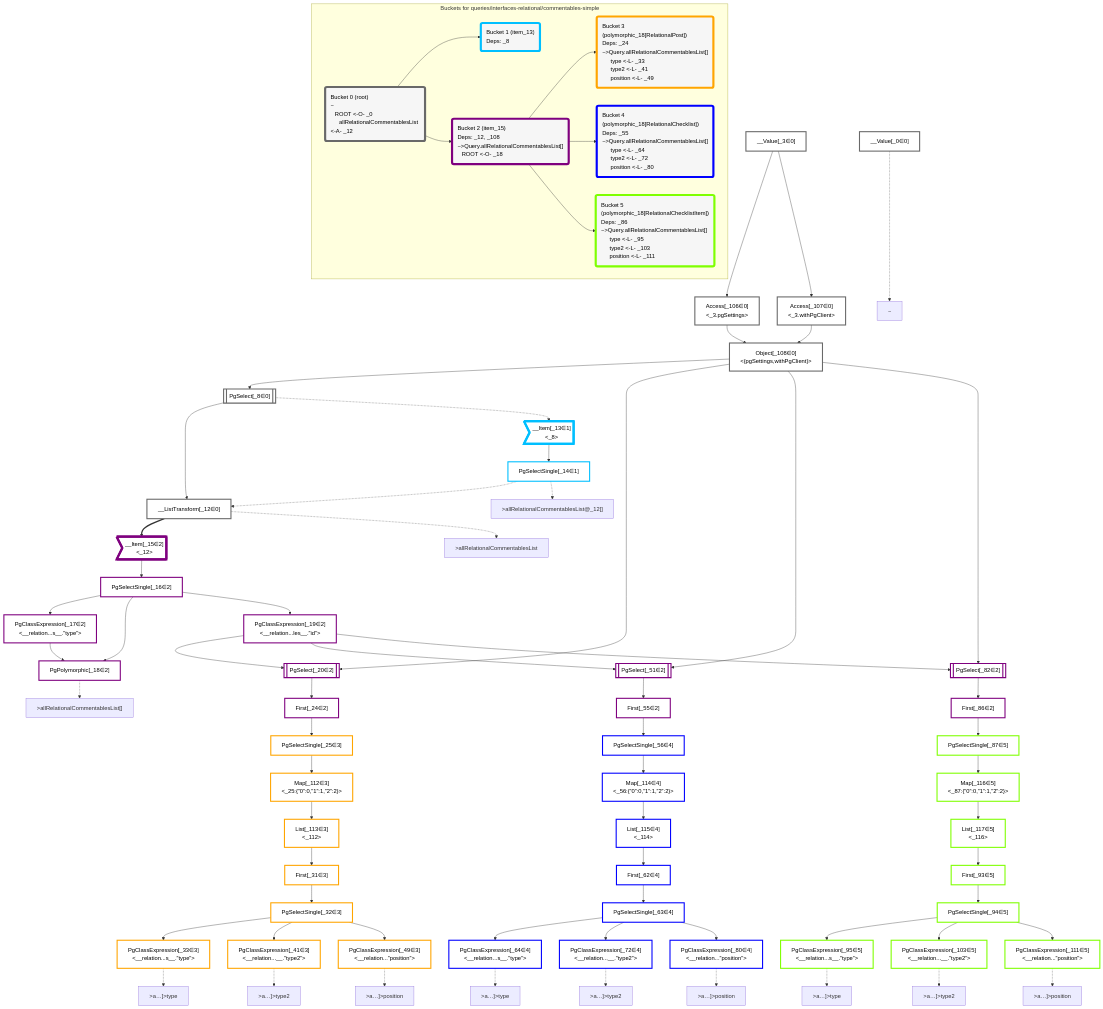
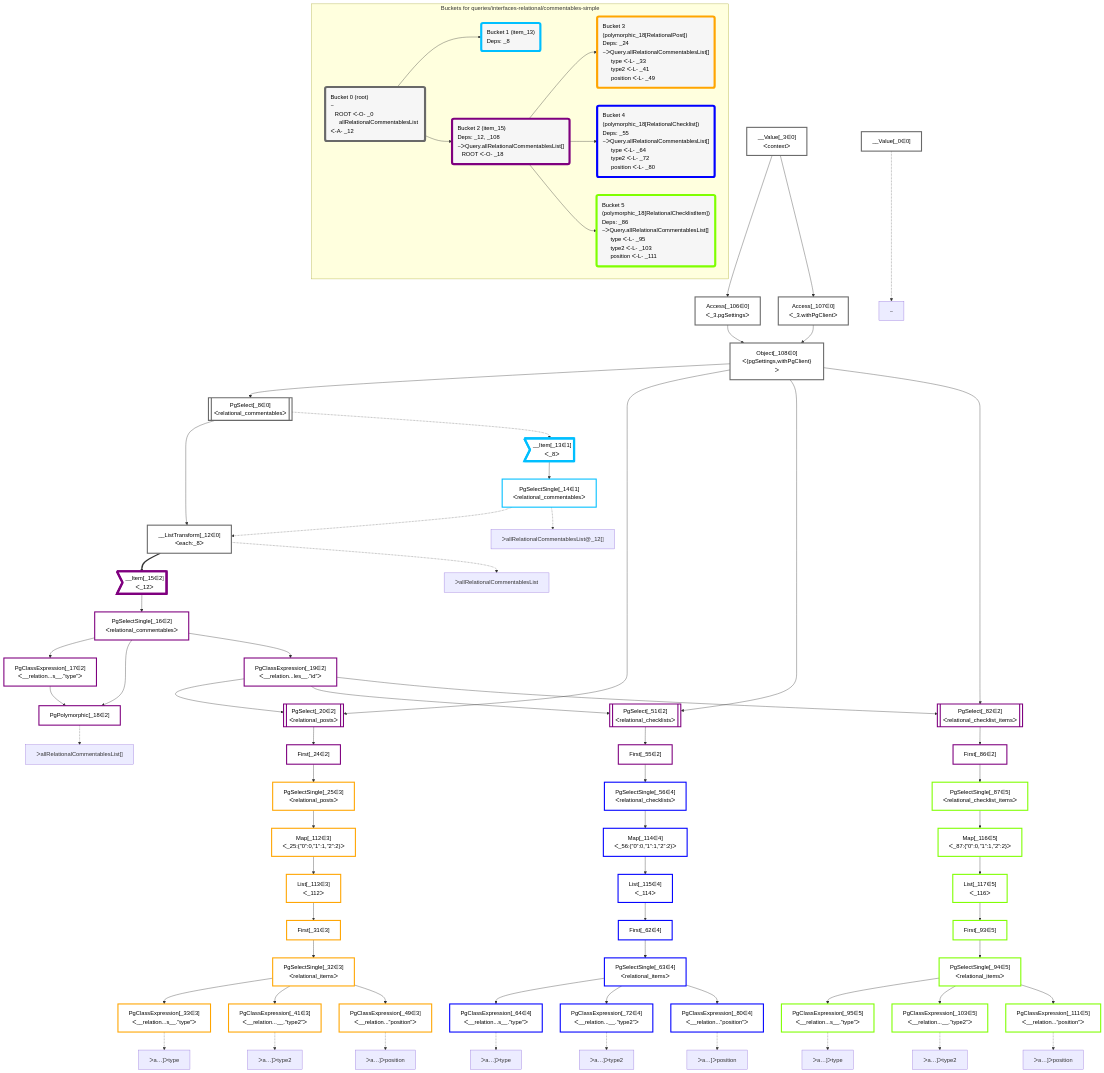
The diagram in packages/dataplan-pg/__tests__/queries/interfaces-relational/commentables-simple.deopt.mermaid.md (graphile/crystal), drawn with Mermaid before and after one commit. The commit also changed 195 other files, not shown here.

```diff
--- a/packages/dataplan-pg/__tests__/queries/interfaces-relational/commentables-simple.deopt.mermaid.md
+++ b/packages/dataplan-pg/__tests__/queries/interfaces-relational/commentables-simple.deopt.mermaid.md
@@ -9,49 +9,49 @@
 
     %% define plans
     __Value_0["__Value[_0∈0]"]:::plan
-    __Value_3["__Value[_3∈0]<br /><context>"]:::plan
-    PgSelect_8[["PgSelect[_8∈0]<br /><relational_commentables>"]]:::plan
-    __ListTransform_12["__ListTransform[_12∈0]<br /><each:_8>"]:::plan
-    __Item_13>"__Item[_13∈1]<br /><_8>"]:::itemplan
-    PgSelectSingle_14["PgSelectSingle[_14∈1]<br /><relational_commentables>"]:::plan
-    __Item_15>"__Item[_15∈2]<br /><_12>"]:::itemplan
-    PgSelectSingle_16["PgSelectSingle[_16∈2]<br /><relational_commentables>"]:::plan
-    PgClassExpression_17["PgClassExpression[_17∈2]<br /><__relation...s__.”type”>"]:::plan
+    __Value_3["__Value[_3∈0]<br />ᐸcontextᐳ"]:::plan
+    PgSelect_8[["PgSelect[_8∈0]<br />ᐸrelational_commentablesᐳ"]]:::plan
+    __ListTransform_12["__ListTransform[_12∈0]<br />ᐸeach:_8ᐳ"]:::plan
+    __Item_13>"__Item[_13∈1]<br />ᐸ_8ᐳ"]:::itemplan
+    PgSelectSingle_14["PgSelectSingle[_14∈1]<br />ᐸrelational_commentablesᐳ"]:::plan
+    __Item_15>"__Item[_15∈2]<br />ᐸ_12ᐳ"]:::itemplan
+    PgSelectSingle_16["PgSelectSingle[_16∈2]<br />ᐸrelational_commentablesᐳ"]:::plan
+    PgClassExpression_17["PgClassExpression[_17∈2]<br />ᐸ__relation...s__.”type”ᐳ"]:::plan
     PgPolymorphic_18["PgPolymorphic[_18∈2]"]:::plan
-    PgClassExpression_19["PgClassExpression[_19∈2]<br /><__relation...les__.”id”>"]:::plan
-    PgSelect_20[["PgSelect[_20∈2]<br /><relational_posts>"]]:::plan
+    PgClassExpression_19["PgClassExpression[_19∈2]<br />ᐸ__relation...les__.”id”ᐳ"]:::plan
+    PgSelect_20[["PgSelect[_20∈2]<br />ᐸrelational_postsᐳ"]]:::plan
     First_24["First[_24∈2]"]:::plan
-    PgSelectSingle_25["PgSelectSingle[_25∈3]<br /><relational_posts>"]:::plan
+    PgSelectSingle_25["PgSelectSingle[_25∈3]<br />ᐸrelational_postsᐳ"]:::plan
     First_31["First[_31∈3]"]:::plan
-    PgSelectSingle_32["PgSelectSingle[_32∈3]<br /><relational_items>"]:::plan
-    PgClassExpression_33["PgClassExpression[_33∈3]<br /><__relation...s__.”type”>"]:::plan
-    PgClassExpression_41["PgClassExpression[_41∈3]<br /><__relation...__.”type2”>"]:::plan
-    PgClassExpression_49["PgClassExpression[_49∈3]<br /><__relation...”position”>"]:::plan
-    PgSelect_51[["PgSelect[_51∈2]<br /><relational_checklists>"]]:::plan
+    PgSelectSingle_32["PgSelectSingle[_32∈3]<br />ᐸrelational_itemsᐳ"]:::plan
+    PgClassExpression_33["PgClassExpression[_33∈3]<br />ᐸ__relation...s__.”type”ᐳ"]:::plan
+    PgClassExpression_41["PgClassExpression[_41∈3]<br />ᐸ__relation...__.”type2”ᐳ"]:::plan
+    PgClassExpression_49["PgClassExpression[_49∈3]<br />ᐸ__relation...”position”ᐳ"]:::plan
+    PgSelect_51[["PgSelect[_51∈2]<br />ᐸrelational_checklistsᐳ"]]:::plan
     First_55["First[_55∈2]"]:::plan
-    PgSelectSingle_56["PgSelectSingle[_56∈4]<br /><relational_checklists>"]:::plan
+    PgSelectSingle_56["PgSelectSingle[_56∈4]<br />ᐸrelational_checklistsᐳ"]:::plan
     First_62["First[_62∈4]"]:::plan
-    PgSelectSingle_63["PgSelectSingle[_63∈4]<br /><relational_items>"]:::plan
-    PgClassExpression_64["PgClassExpression[_64∈4]<br /><__relation...s__.”type”>"]:::plan
-    PgClassExpression_72["PgClassExpression[_72∈4]<br /><__relation...__.”type2”>"]:::plan
-    PgClassExpression_80["PgClassExpression[_80∈4]<br /><__relation...”position”>"]:::plan
-    PgSelect_82[["PgSelect[_82∈2]<br /><relational_checklist_items>"]]:::plan
+    PgSelectSingle_63["PgSelectSingle[_63∈4]<br />ᐸrelational_itemsᐳ"]:::plan
+    PgClassExpression_64["PgClassExpression[_64∈4]<br />ᐸ__relation...s__.”type”ᐳ"]:::plan
+    PgClassExpression_72["PgClassExpression[_72∈4]<br />ᐸ__relation...__.”type2”ᐳ"]:::plan
+    PgClassExpression_80["PgClassExpression[_80∈4]<br />ᐸ__relation...”position”ᐳ"]:::plan
+    PgSelect_82[["PgSelect[_82∈2]<br />ᐸrelational_checklist_itemsᐳ"]]:::plan
     First_86["First[_86∈2]"]:::plan
-    PgSelectSingle_87["PgSelectSingle[_87∈5]<br /><relational_checklist_items>"]:::plan
+    PgSelectSingle_87["PgSelectSingle[_87∈5]<br />ᐸrelational_checklist_itemsᐳ"]:::plan
     First_93["First[_93∈5]"]:::plan
-    PgSelectSingle_94["PgSelectSingle[_94∈5]<br /><relational_items>"]:::plan
-    PgClassExpression_95["PgClassExpression[_95∈5]<br /><__relation...s__.”type”>"]:::plan
-    PgClassExpression_103["PgClassExpression[_103∈5]<br /><__relation...__.”type2”>"]:::plan
-    Access_106["Access[_106∈0]<br /><_3.pgSettings>"]:::plan
-    Access_107["Access[_107∈0]<br /><_3.withPgClient>"]:::plan
-    Object_108["Object[_108∈0]<br /><{pgSettings,withPgClient}>"]:::plan
-    PgClassExpression_111["PgClassExpression[_111∈5]<br /><__relation...”position”>"]:::plan
-    Map_112["Map[_112∈3]<br /><_25:{”0”:0,”1”:1,”2”:2}>"]:::plan
-    List_113["List[_113∈3]<br /><_112>"]:::plan
-    Map_114["Map[_114∈4]<br /><_56:{”0”:0,”1”:1,”2”:2}>"]:::plan
-    List_115["List[_115∈4]<br /><_114>"]:::plan
-    Map_116["Map[_116∈5]<br /><_87:{”0”:0,”1”:1,”2”:2}>"]:::plan
-    List_117["List[_117∈5]<br /><_116>"]:::plan
+    PgSelectSingle_94["PgSelectSingle[_94∈5]<br />ᐸrelational_itemsᐳ"]:::plan
+    PgClassExpression_95["PgClassExpression[_95∈5]<br />ᐸ__relation...s__.”type”ᐳ"]:::plan
+    PgClassExpression_103["PgClassExpression[_103∈5]<br />ᐸ__relation...__.”type2”ᐳ"]:::plan
+    Access_106["Access[_106∈0]<br />ᐸ_3.pgSettingsᐳ"]:::plan
+    Access_107["Access[_107∈0]<br />ᐸ_3.withPgClientᐳ"]:::plan
+    Object_108["Object[_108∈0]<br />ᐸ{pgSettings,withPgClient}ᐳ"]:::plan
+    PgClassExpression_111["PgClassExpression[_111∈5]<br />ᐸ__relation...”position”ᐳ"]:::plan
+    Map_112["Map[_112∈3]<br />ᐸ_25:{”0”:0,”1”:1,”2”:2}ᐳ"]:::plan
+    List_113["List[_113∈3]<br />ᐸ_112ᐳ"]:::plan
+    Map_114["Map[_114∈4]<br />ᐸ_56:{”0”:0,”1”:1,”2”:2}ᐳ"]:::plan
+    List_115["List[_115∈4]<br />ᐸ_114ᐳ"]:::plan
+    Map_116["Map[_116∈5]<br />ᐸ_87:{”0”:0,”1”:1,”2”:2}ᐳ"]:::plan
+    List_117["List[_117∈5]<br />ᐸ_116ᐳ"]:::plan
 
     %% plan dependencies
     Object_108 --> PgSelect_8
@@ -106,29 +106,29 @@
     %% plan-to-path relationships
     P_0["~"]
     __Value_0 -.-> P_0
-    P_12[">allRelationalCommentablesList"]
+    P_12["ᐳallRelationalCommentablesList"]
     __ListTransform_12 -.-> P_12
-    P_14[">allRelationalCommentablesList@_12[]"]
+    P_14["ᐳallRelationalCommentablesList@_12[]"]
     PgSelectSingle_14 -.-> P_14
-    P_18[">allRelationalCommentablesList[]"]
+    P_18["ᐳallRelationalCommentablesList[]"]
     PgPolymorphic_18 -.-> P_18
-    P_33[">a…]>type"]
+    P_33["ᐳa…]ᐳtype"]
     PgClassExpression_33 -.-> P_33
-    P_41[">a…]>type2"]
+    P_41["ᐳa…]ᐳtype2"]
     PgClassExpression_41 -.-> P_41
-    P_49[">a…]>position"]
+    P_49["ᐳa…]ᐳposition"]
     PgClassExpression_49 -.-> P_49
-    P_64[">a…]>type"]
+    P_64["ᐳa…]ᐳtype"]
     PgClassExpression_64 -.-> P_64
-    P_72[">a…]>type2"]
+    P_72["ᐳa…]ᐳtype2"]
     PgClassExpression_72 -.-> P_72
-    P_80[">a…]>position"]
+    P_80["ᐳa…]ᐳposition"]
     PgClassExpression_80 -.-> P_80
-    P_95[">a…]>type"]
+    P_95["ᐳa…]ᐳtype"]
     PgClassExpression_95 -.-> P_95
-    P_103[">a…]>type2"]
+    P_103["ᐳa…]ᐳtype2"]
     PgClassExpression_103 -.-> P_103
-    P_111[">a…]>position"]
+    P_111["ᐳa…]ᐳposition"]
     PgClassExpression_111 -.-> P_111
 
     %% allocate buckets
@@ -146,21 +146,21 @@
     class PgSelectSingle_87,First_93,PgSelectSingle_94,PgClassExpression_95,PgClassExpression_103,PgClassExpression_111,Map_116,List_117 bucket5
 
     subgraph "Buckets for queries/interfaces-relational/commentables-simple"
-    Bucket0("Bucket 0 (root)<br />~<br />⠀ROOT <-O- _0<br />⠀⠀allRelationalCommentablesList <-A- _12"):::bucket
+    Bucket0("Bucket 0 (root)<br />~<br />⠀ROOT ᐸ-O- _0<br />⠀⠀allRelationalCommentablesList ᐸ-A- _12"):::bucket
     style Bucket0 stroke:#696969
     Bucket1("Bucket 1 (item_13)<br />Deps: _8"):::bucket
     style Bucket1 stroke:#00bfff
     Bucket0 --> Bucket1
-    Bucket2("Bucket 2 (item_15)<br />Deps: _12, _108<br />~>Query.allRelationalCommentablesList[]<br />⠀ROOT <-O- _18"):::bucket
+    Bucket2("Bucket 2 (item_15)<br />Deps: _12, _108<br />~ᐳQuery.allRelationalCommentablesList[]<br />⠀ROOT ᐸ-O- _18"):::bucket
     style Bucket2 stroke:#7f007f
     Bucket0 --> Bucket2
-    Bucket3("Bucket 3 (polymorphic_18[RelationalPost])<br />Deps: _24<br />~>Query.allRelationalCommentablesList[]<br />⠀⠀type <-L- _33<br />⠀⠀type2 <-L- _41<br />⠀⠀position <-L- _49"):::bucket
+    Bucket3("Bucket 3 (polymorphic_18[RelationalPost])<br />Deps: _24<br />~ᐳQuery.allRelationalCommentablesList[]<br />⠀⠀type ᐸ-L- _33<br />⠀⠀type2 ᐸ-L- _41<br />⠀⠀position ᐸ-L- _49"):::bucket
     style Bucket3 stroke:#ffa500
     Bucket2 --> Bucket3
-    Bucket4("Bucket 4 (polymorphic_18[RelationalChecklist])<br />Deps: _55<br />~>Query.allRelationalCommentablesList[]<br />⠀⠀type <-L- _64<br />⠀⠀type2 <-L- _72<br />⠀⠀position <-L- _80"):::bucket
+    Bucket4("Bucket 4 (polymorphic_18[RelationalChecklist])<br />Deps: _55<br />~ᐳQuery.allRelationalCommentablesList[]<br />⠀⠀type ᐸ-L- _64<br />⠀⠀type2 ᐸ-L- _72<br />⠀⠀position ᐸ-L- _80"):::bucket
     style Bucket4 stroke:#0000ff
     Bucket2 --> Bucket4
-    Bucket5("Bucket 5 (polymorphic_18[RelationalChecklistItem])<br />Deps: _86<br />~>Query.allRelationalCommentablesList[]<br />⠀⠀type <-L- _95<br />⠀⠀type2 <-L- _103<br />⠀⠀position <-L- _111"):::bucket
+    Bucket5("Bucket 5 (polymorphic_18[RelationalChecklistItem])<br />Deps: _86<br />~ᐳQuery.allRelationalCommentablesList[]<br />⠀⠀type ᐸ-L- _95<br />⠀⠀type2 ᐸ-L- _103<br />⠀⠀position ᐸ-L- _111"):::bucket
     style Bucket5 stroke:#7fff00
     Bucket2 --> Bucket5
     end
```
